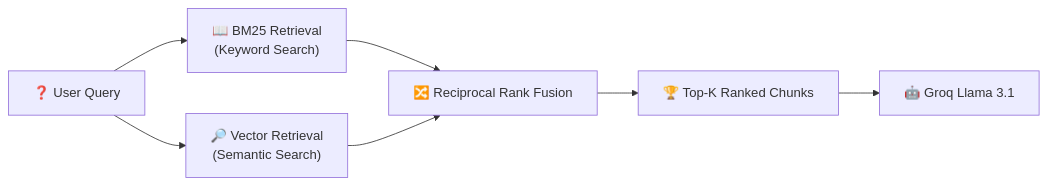
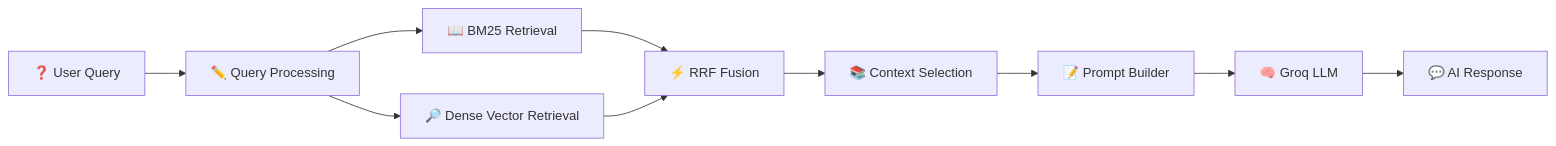
One commit to Prithunandananks/SupportAI changed diagram 14 of 30 in support_ai_project_architecture.md. Above: the diagram before and after it, drawn with Mermaid. The commit also changed other lines of this file, not shown here.

````diff
--- a/support_ai_project_architecture.md
+++ b/support_ai_project_architecture.md
@@ -699,25 +1744,39 @@
 ```mermaid
 flowchart LR
 
 Q["❓ User Query"]
 
-BM25["📖 BM25 Retrieval<br/>(Keyword Search)"]
+Rewrite["✏️ Query Processing"]
 
-Vector["🔎 Vector Retrieval<br/>(Semantic Search)"]
+BM25["📖 BM25 Retrieval"]
 
-RRF["🔀 Reciprocal Rank Fusion"]
+Vector["🔎 Dense Vector Retrieval"]
 
-TopK["🏆 Top-K Ranked Chunks"]
+Fusion["⚡ RRF Fusion"]
 
-LLM["🤖 Groq Llama 3.1"]
+Context["📚 Context Selection"]
 
-Q --> BM25
-Q --> Vector
+Prompt["📝 Prompt Builder"]
 
-BM25 --> RRF
-Vector --> RRF
+LLM["🧠 Groq LLM"]
 
-RRF --> TopK
+Response["💬 AI Response"]
 
-TopK --> LLM
+Q --> Rewrite
+
+Rewrite --> BM25
+
+Rewrite --> Vector
+
+BM25 --> Fusion
+
+Vector --> Fusion
+
+Fusion --> Context
+
+Context --> Prompt
+
+Prompt --> LLM
+
+LLM --> Response
 ```
````
